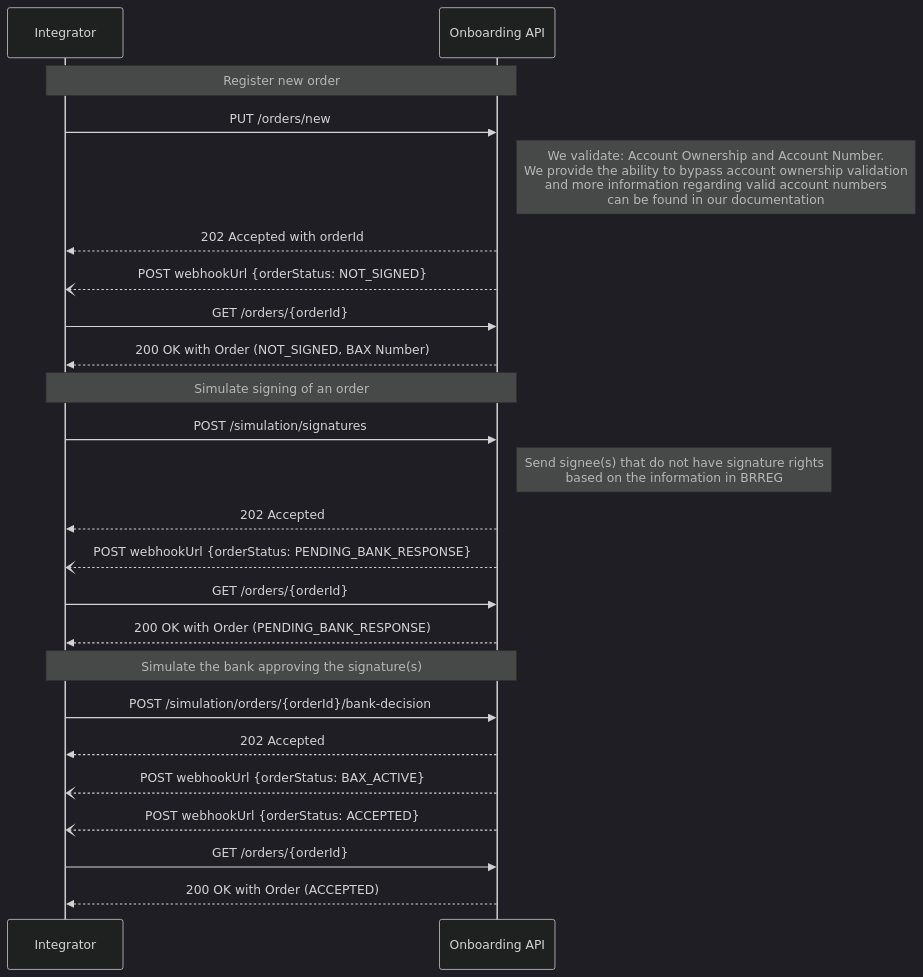
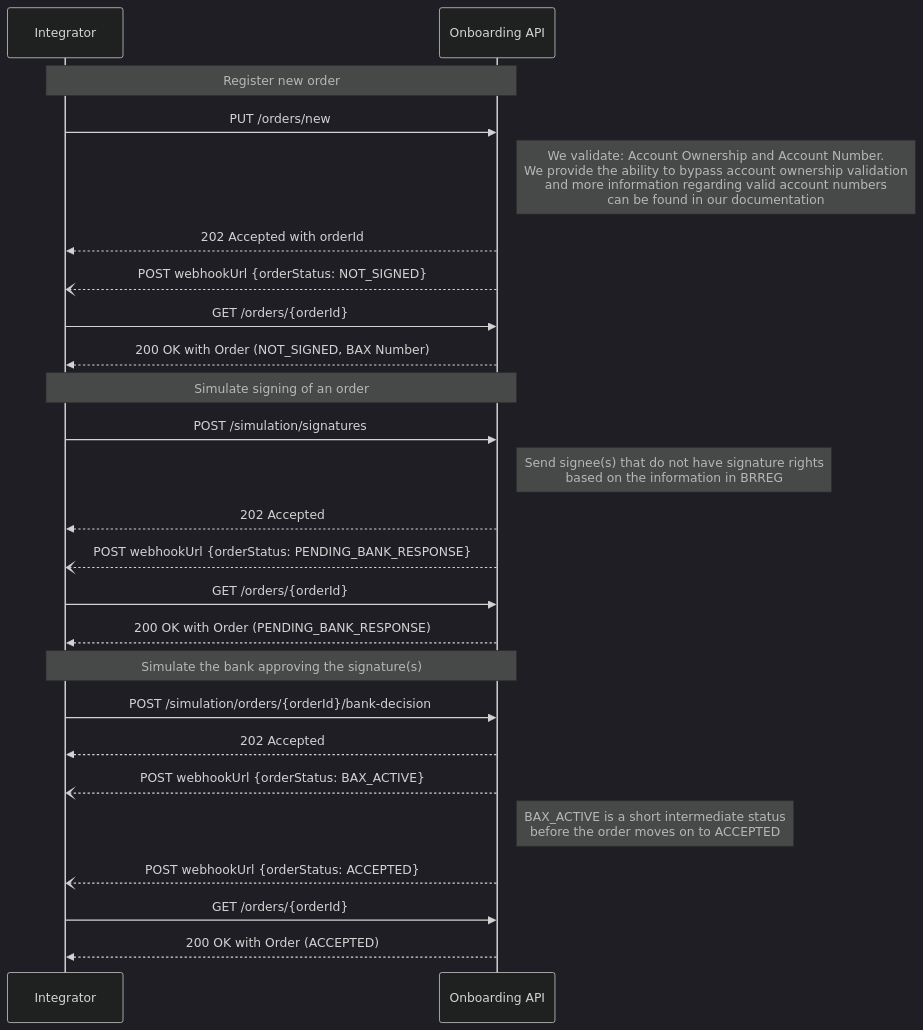
One commit to BankAxept/bankaxept-onboarding-external-documentation changed the second of 3 diagrams in docs/test_flows.md. Above: the diagram before and after it, drawn with Mermaid (dark theme). The commit also changed other lines of this file and 3 other files, not shown here.

````diff
--- a/docs/test_flows.md
+++ b/docs/test_flows.md
@@ -35,32 +35,33 @@
 ```mermaid
 sequenceDiagram
 participant I as Integrator
 participant O as Onboarding API
 
 note over I, O: Register new order
 I ->> O: PUT /orders/new
 note right of O: We validate: Account Ownership and Account Number. <br/> We provide the ability to bypass account ownership validation <br/> and more information regarding valid account numbers <br/> can be found in our documentation
 O -->> I: 202 Accepted with orderId
 
 O --) I: POST webhookUrl {orderStatus: NOT_SIGNED}
 I ->> O : GET /orders/{orderId}
 O -->> I: 200 OK with Order (NOT_SIGNED, BAX Number)
 
 note over I, O: Simulate signing of an order
 I ->> O: POST /simulation/signatures
 note right of O: Send signee(s) that do not have signature rights <br/> based on the information in BRREG
 O -->> I: 202 Accepted
 
 O --) I: POST webhookUrl {orderStatus: PENDING_BANK_RESPONSE}
 I ->> O : GET /orders/{orderId}
 O -->> I: 200 OK with Order (PENDING_BANK_RESPONSE)
 
 note over I, O: Simulate the bank approving the signature(s)
 I ->> O: POST /simulation/orders/{orderId}/bank-decision
 O -->> I: 202 Accepted
 
 O --) I: POST webhookUrl {orderStatus: BAX_ACTIVE}
+note right of O: BAX_ACTIVE is a short intermediate status <br/> before the order moves on to ACCEPTED
 O --) I: POST webhookUrl {orderStatus: ACCEPTED}
 I ->> O : GET /orders/{orderId}
 O -->> I: 200 OK with Order (ACCEPTED)
 ```
````
